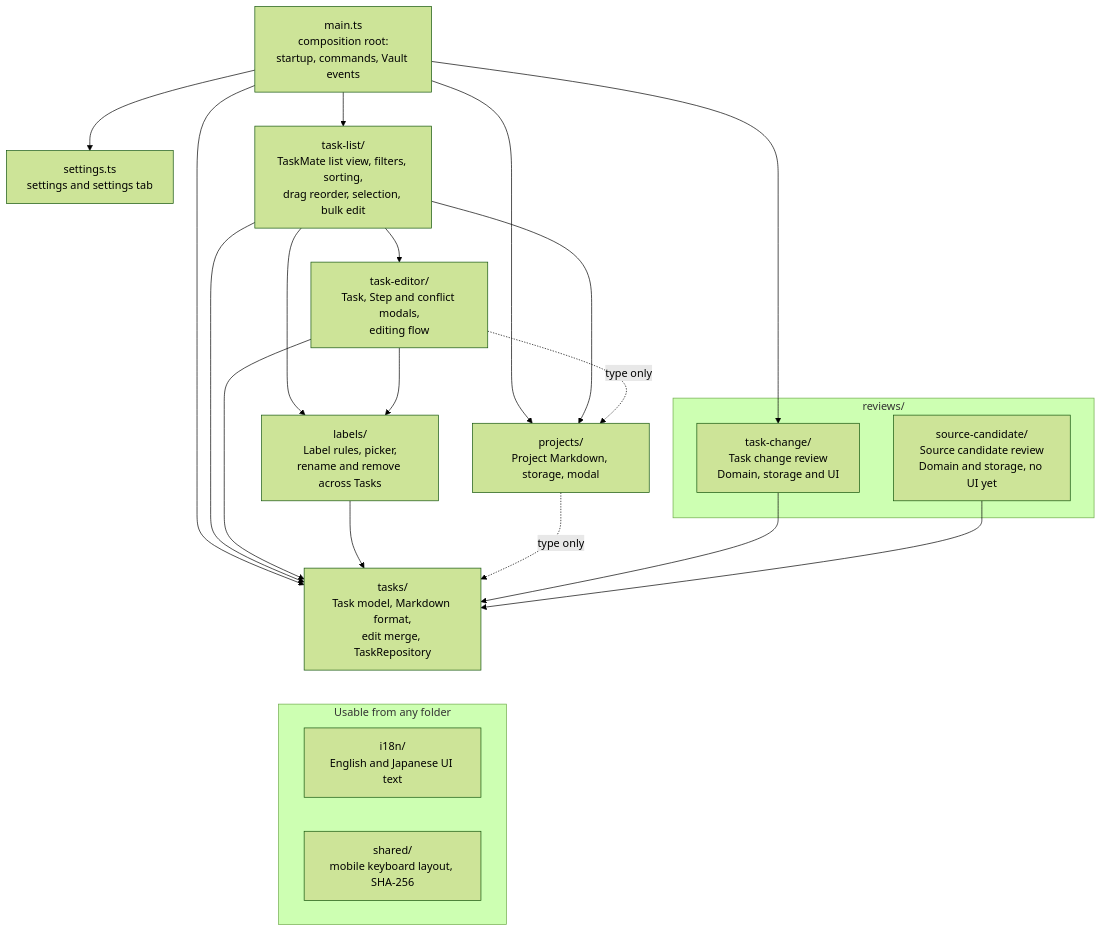
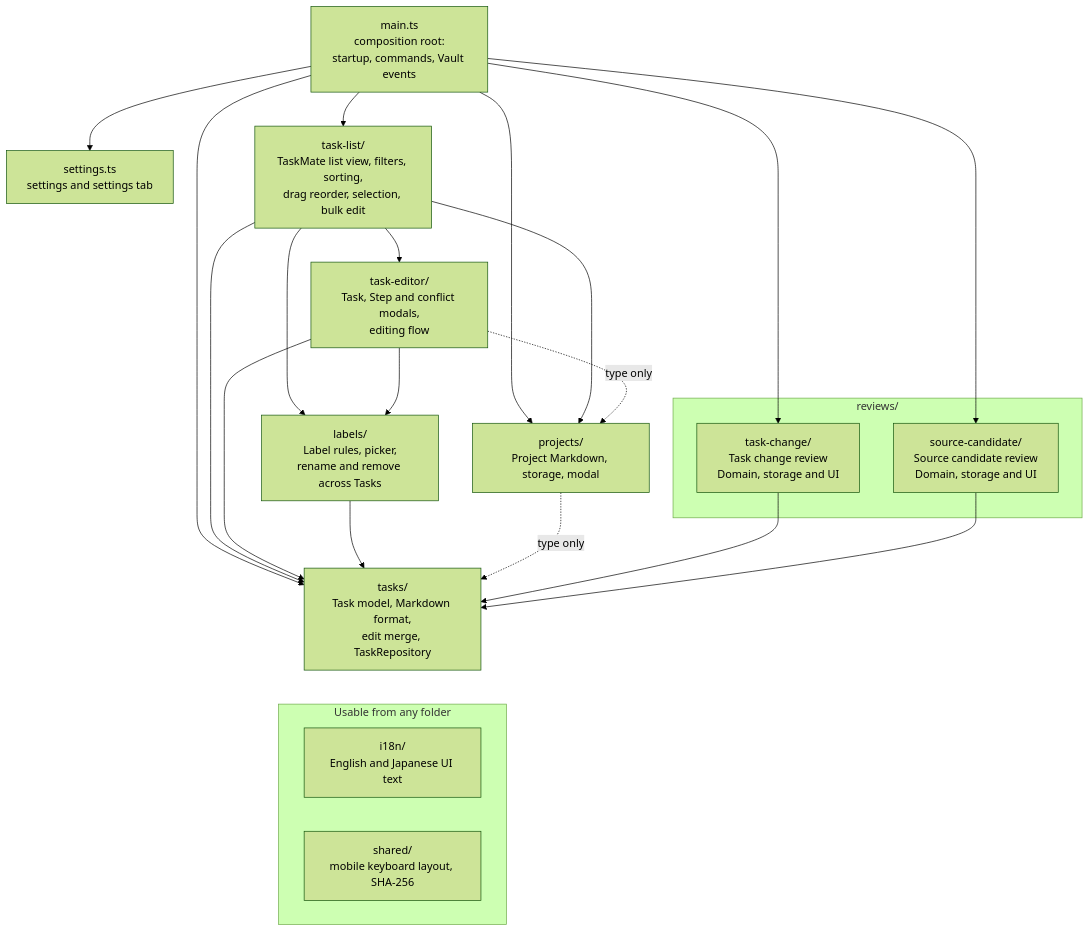
The second of 9 diagrams in docs/engineering/design/system-overview.md (tempu-village/taskmate), drawn with Mermaid (forest theme) before and after one commit. The commit also changed other lines of this file and 20 other files, not shown here.

First line of the commit message:
Add candidate editing to the Source candidate review

````diff
--- a/docs/engineering/design/system-overview.md
+++ b/docs/engineering/design/system-overview.md
@@ -61,42 +61,43 @@
 ```mermaid
 flowchart TB
   main["main.ts<br/>composition root:<br/>startup, commands, Vault events"]
   settings["settings.ts<br/>settings and settings tab"]
 
   tasklist["task-list/<br/>TaskMate list view, filters, sorting,<br/>drag reorder, selection, bulk edit"]
 
   subgraph reviews["reviews/"]
     tcr["task-change/<br/>Task change review<br/>Domain, storage and UI"]
-    scr["source-candidate/<br/>Source candidate review<br/>Domain and storage, no UI yet"]
+    scr["source-candidate/<br/>Source candidate review<br/>Domain, storage and UI"]
   end
 
   editor["task-editor/<br/>Task, Step and conflict modals,<br/>editing flow"]
 
   labels["labels/<br/>Label rules, picker,<br/>rename and remove across Tasks"]
   projects["projects/<br/>Project Markdown, storage, modal"]
 
   tasks["tasks/<br/>Task model, Markdown format,<br/>edit merge, TaskRepository"]
 
   subgraph cross["Usable from any folder"]
     i18n["i18n/<br/>English and Japanese UI text"]
     shared["shared/<br/>mobile keyboard layout, SHA-256"]
   end
 
   main --> settings
   main --> tasklist
   main --> tcr
+  main --> scr
   main --> projects
   main --> tasks
   tasklist --> editor
   tasklist --> labels
   tasklist --> projects
   tasklist --> tasks
   editor --> labels
   editor -.->|"type only"| projects
   editor --> tasks
   labels --> tasks
   projects -.->|"type only"| tasks
   tcr --> tasks
   scr --> tasks
   tasks ~~~ cross
 ```
````
